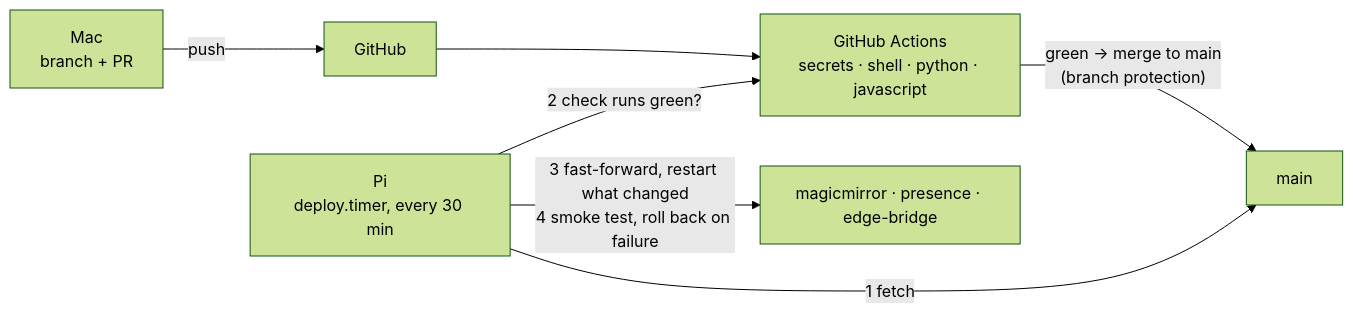
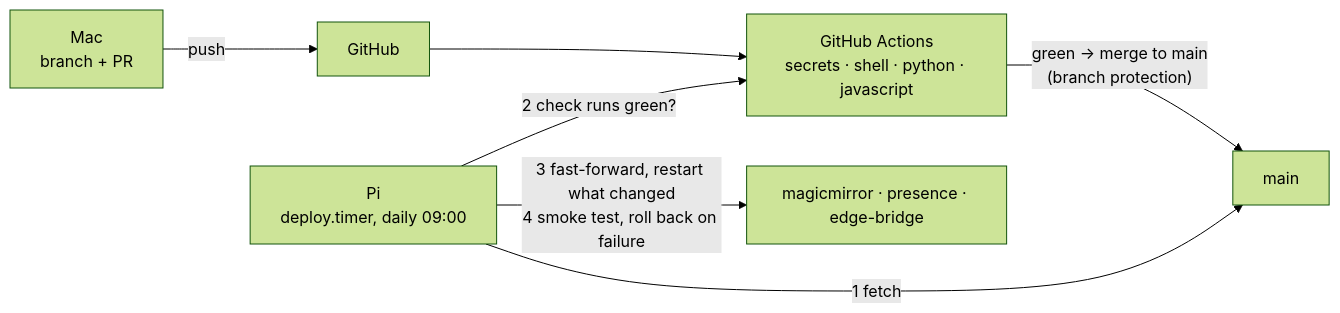
Before and after one commit to bikenthusiast/raspberrypi-magicmirror: the diagram in docs/cicd/README.md, drawn with Mermaid (forest theme). The commit also changed other lines of this file and 2 other files, not shown here.

First line of the commit message:
Deploy once a day at 09:00 instead of every 30 minutes

````diff
--- a/docs/cicd/README.md
+++ b/docs/cicd/README.md
@@ -6,9 +6,9 @@
 ```mermaid
 flowchart LR
   DEV["Mac<br/>branch + PR"] -->|push| GH["GitHub"]
   GH --> CI["GitHub Actions<br/>secrets · shell · python · javascript"]
   CI -->|"green → merge to main<br/>(branch protection)"| MAIN["main"]
-  PI["Pi<br/>deploy.timer, every 30 min"] -->|"1 fetch"| MAIN
+  PI["Pi<br/>deploy.timer, daily 09:00"] -->|"1 fetch"| MAIN
   PI -->|"2 check runs green?"| CI
   PI -->|"3 fast-forward, restart what changed<br/>4 smoke test, roll back on failure"| SVC["magicmirror · presence · edge-bridge"]
 ```
````
